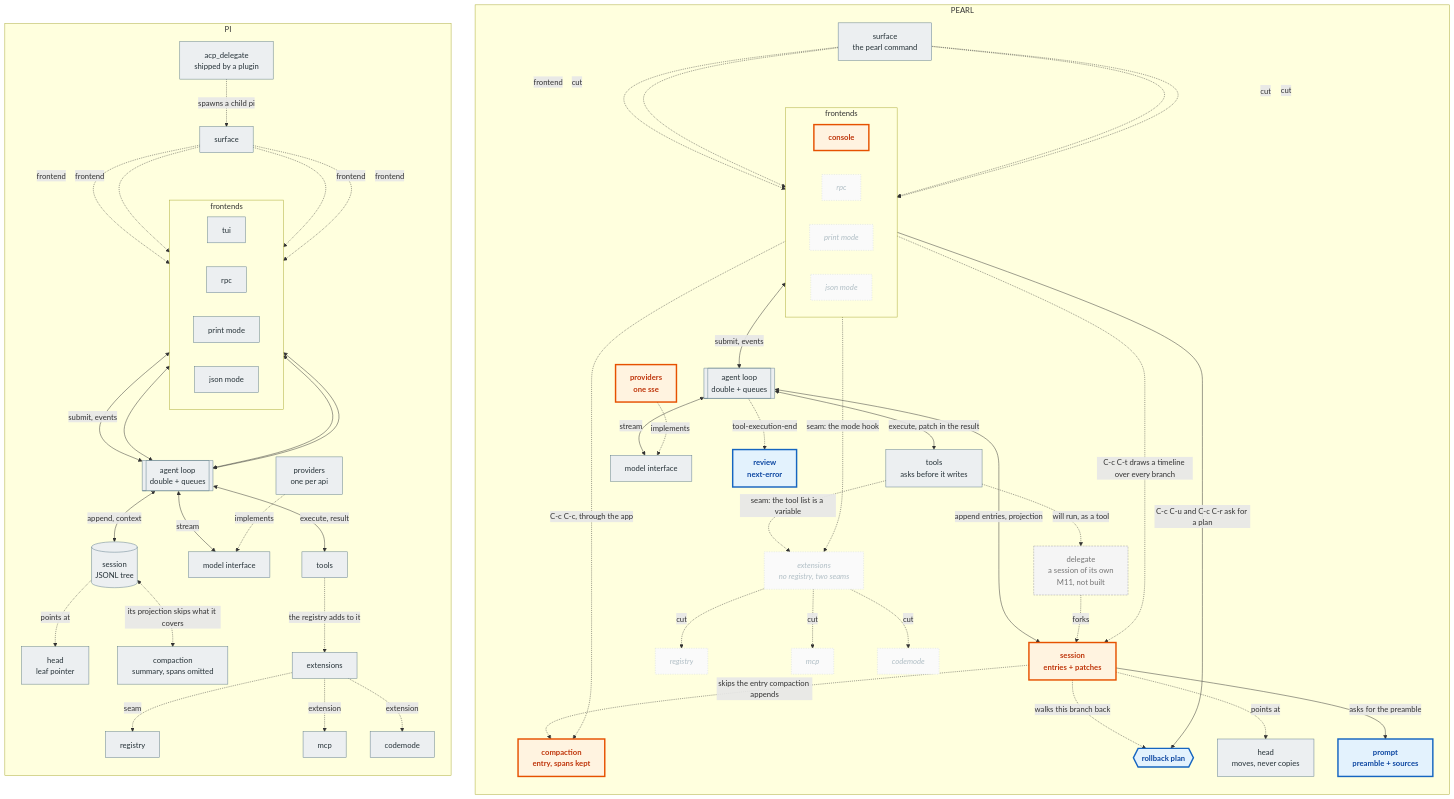
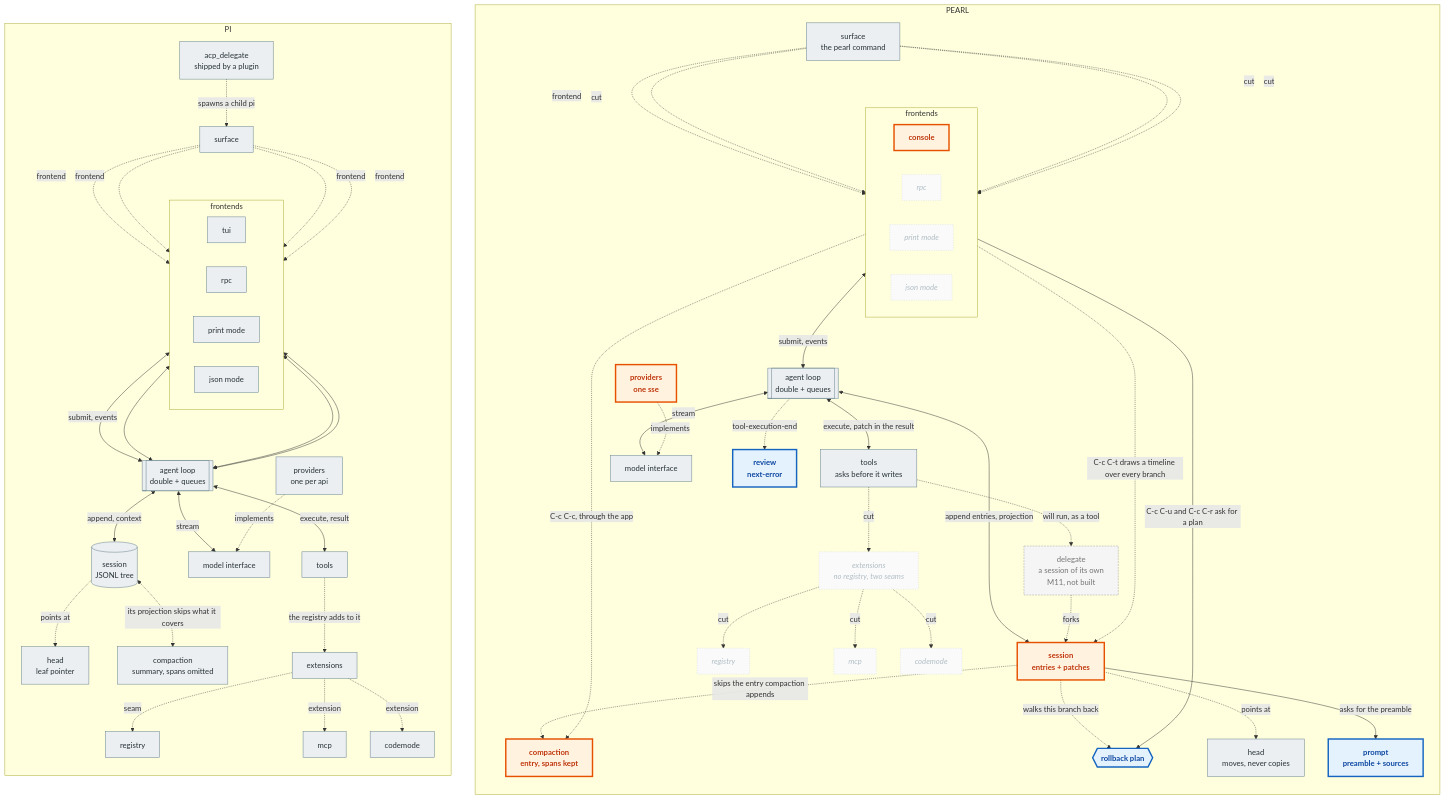
Before and after one commit to OverbearingPearl/pearl: the diagram in README.md, drawn with Mermaid. The commit also changed other lines of this file, not shown here.

First line of the commit message:
Leave one edge to the dropped extensions node

````diff
--- a/README.md
+++ b/README.md
@@ -114,73 +114,72 @@
 ```mermaid
 flowchart TB
   subgraph R["PEARL"]
     direction TB
     r_surf["surface<br/>the pearl command"]
     subgraph r_fronts["frontends"]
       direction LR
       r_console["console"] & r_rpc["rpc"] & r_print["print mode"] & r_json["json mode"]
     end
     r_surf -.->|frontend| r_console
     r_surf -.->|cut| r_rpc
     r_surf -.->|cut| r_print
     r_surf -.->|cut| r_json
     r_console <-->|submit, events| r_loop[["agent loop<br/>double + queues"]]
     r_console -.->|C-c C-c, through the app| r_compact
     r_console -.->|C-c C-t draws a timeline over every branch| r_sess
     r_console -->|C-c C-u and C-c C-r ask for a plan| r_plan
     r_loop <-->|execute, patch in the result| r_tools["tools<br/>asks before it writes"]
     r_loop <-->|stream| r_model["model interface"]
     r_loop <-->|append entries, projection| r_sess["session<br/>entries + patches"]
     r_sess -.->|points at| r_leaf["head<br/>moves, never copies"]
     r_sess -.->|skips the entry compaction appends| r_compact["compaction<br/>entry, spans kept"]
-    r_tools -.->|seam: the tool list is a variable| r_ext["extensions<br/>no registry, two seams"]
+    r_tools -.->|cut| r_ext["extensions<br/>no registry, two seams"]
     r_prov["providers<br/>one sse"] -.->|implements| r_model
     r_tools -.->|will run, as a tool| r_delegate["delegate<br/>a session of its own<br/>M11, not built"]
     r_delegate -.->|forks| r_sess
     r_sess -->|asks for the preamble| r_prompt["prompt<br/>preamble + sources"]
     r_sess -.->|walks this branch back| r_plan{{"rollback plan"}}
     r_loop -.->|tool-execution-end| r_review["review<br/>next-error"]
-    r_console -.->|seam: the mode hook| r_ext
     r_ext -.->|cut| r_registry["registry"]
     r_ext -.->|cut| r_mcp["mcp"]
     r_ext -.->|cut| r_codemode["codemode"]
   end
   subgraph L["PI"]
     direction TB
     l_surf["surface"]
     subgraph l_fronts["frontends"]
       direction LR
       l_tui["tui"] & l_rpc["rpc"] & l_print["print mode"] & l_json["json mode"]
     end
     l_surf -.->|frontend| l_tui
     l_surf -.->|frontend| l_rpc
     l_surf -.->|frontend| l_print
     l_surf -.->|frontend| l_json
     l_tui <-->|submit, events| l_loop[["agent loop<br/>double + queues"]]
     l_rpc <--> l_loop
     l_print <--> l_loop
     l_json <--> l_loop
     l_loop <-->|execute, result| l_tools["tools"]
     l_loop <-->|stream| l_model["model interface"]
     l_loop <-->|append, context| l_sess[("session<br/>JSONL tree")]
     l_sess -.->|points at| l_leaf["head<br/>leaf pointer"]
     l_sess <-.->|its projection skips what it covers| l_compact["compaction<br/>summary, spans omitted"]
     l_tools -.->|the registry adds to it| l_ext["extensions"]
     l_ext -.->|seam| l_registry["registry"]
     l_ext -.->|extension| l_mcp["mcp"]
     l_ext -.->|extension| l_codemode["codemode"]
     l_prov["providers<br/>one per api"] -.->|implements| l_model
     l_delegate["acp_delegate<br/>shipped by a plugin"] -.->|spawns a child pi| l_surf
   end
   classDef base fill:#eceff1,stroke:#607d8b,color:#263238
   classDef changed fill:#fff3e0,stroke:#e65100,color:#bf360c,stroke-width:3px,font-weight:bold
   classDef added fill:#e3f2fd,stroke:#1565c0,color:#0d47a1,stroke-width:3px,font-weight:bold
   classDef removed fill:#fafafa,stroke:#cfd8dc,color:#b0bec5,font-style:italic,stroke-dasharray:2 3
   classDef planned fill:#f5f5f5,stroke:#9e9e9e,color:#757575,stroke-dasharray:4 2
   class l_surf,l_tui,l_rpc,l_print,l_json,l_loop,l_tools,l_model,l_sess,l_leaf,l_compact,l_ext,l_registry,l_mcp,l_codemode,l_prov,l_delegate base
   class r_surf,r_loop,r_tools,r_model,r_leaf base
   class r_console,r_sess,r_compact,r_prov changed
   class r_prompt,r_plan,r_review added
   class r_ext,r_rpc,r_print,r_json,r_registry,r_mcp,r_codemode removed
   class r_delegate planned
 ```
````
